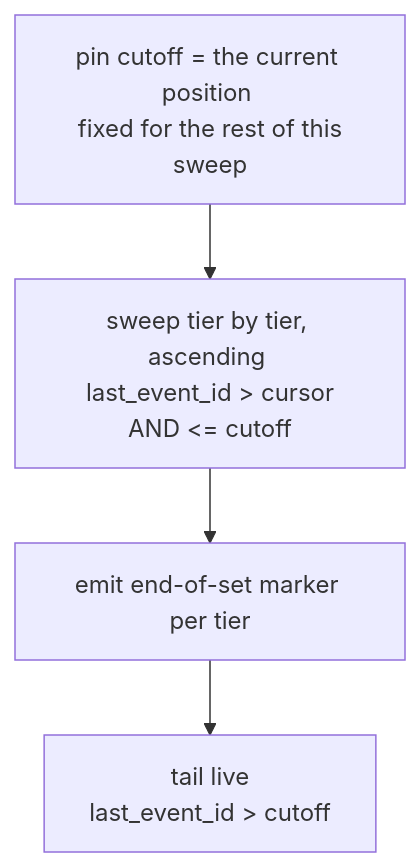
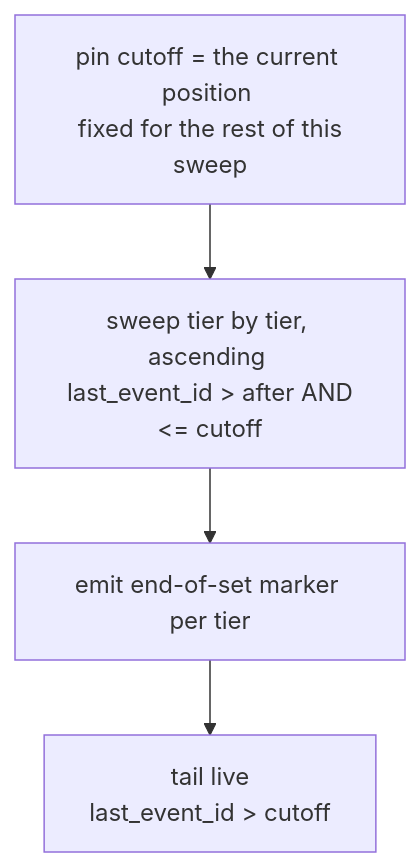
One commit to DKE-Data/masterdata-sync-working-group changed the diagram in architecture/07-sync-streaming.md. Above: the diagram before and after it, drawn with Mermaid. The commit also changed other lines of this file and 3 other files, not shown here.

````diff
--- a/architecture/07-sync-streaming.md
+++ b/architecture/07-sync-streaming.md
@@ -108,10 +108,10 @@
 ```mermaid
 flowchart TB
     PIN["pin cutoff = the current position \n fixed for the rest of this sweep"]
-    SWEEP["sweep tier by tier, ascending \n last_event_id &gt; cursor AND &lt;= cutoff"]
+    SWEEP["sweep tier by tier, ascending \n last_event_id &gt; after AND &lt;= cutoff"]
     MARK["emit end-of-set marker per tier"]
     TAIL["tail live \n last_event_id &gt; cutoff"]
     PIN --> SWEEP
     SWEEP --> MARK
     MARK --> TAIL
 ```
````
